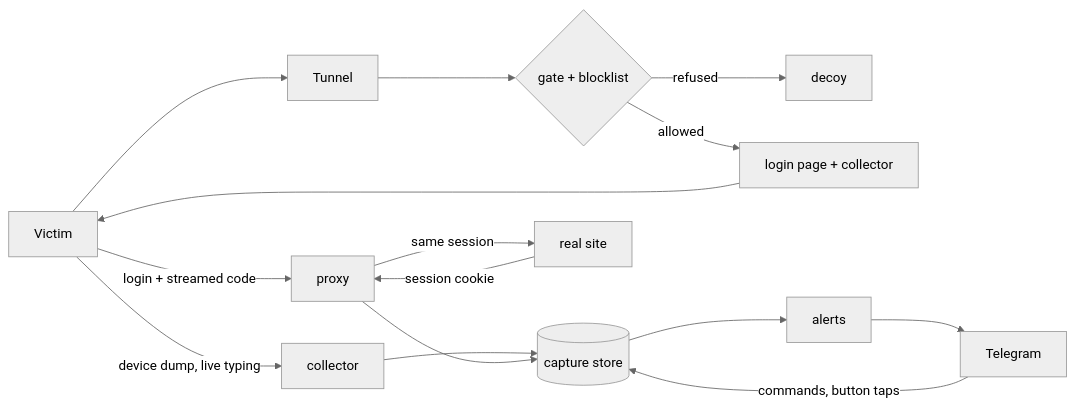
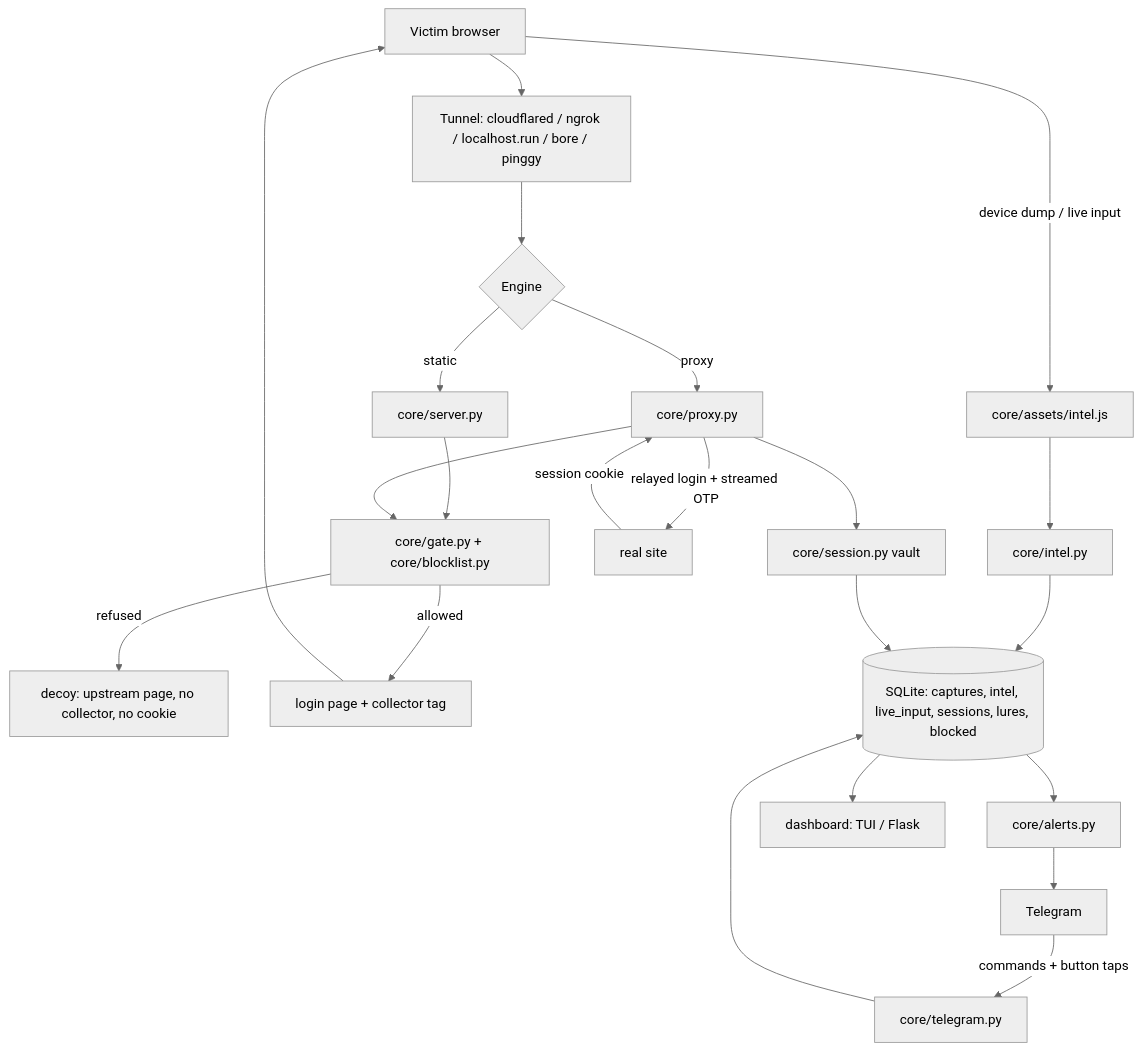
One commit to byteversed/bytephisher changed the first of 2 diagrams in README.md. Above: the diagram before and after it, drawn with Mermaid (neutral theme). The commit also changed other lines of this file and 131 other files, not shown here.

````diff
--- a/README.md
+++ b/README.md
@@ -32,17 +23,24 @@
 ```mermaid
-flowchart LR
-    V[Victim] --> T[Tunnel]
-    T --> G{gate + blocklist}
-    G -- refused --> D[decoy]
-    G -- allowed --> P[login page + collector]
-    P --> V
-    V -- "device dump, live typing" --> C[collector]
-    C --> DB[(capture store)]
-    V -- "login + streamed code" --> R[proxy]
-    R -- "same session" --> U[real site]
-    U -- "session cookie" --> R
-    R --> DB
-    DB --> A[alerts]
-    A --> TG[Telegram]
-    TG -- "commands, button taps" --> DB
+flowchart TD
+    V[Victim browser] --> T[Tunnel: cloudflared / ngrok / localhost.run / bore / pinggy]
+    T --> E{Engine}
+    E -- static --> SRV[core/server.py]
+    E -- proxy --> PRX[core/proxy.py]
+    SRV --> GATE[core/gate.py + core/blocklist.py]
+    PRX --> GATE
+    GATE -- refused --> DEC[decoy: upstream page, no collector, no cookie]
+    GATE -- allowed --> PAGE[login page + collector tag]
+    PAGE --> V
+    V -- "device dump / live input" --> COLL[core/assets/intel.js]
+    COLL --> INTEL[core/intel.py]
+    INTEL --> DB[(SQLite: captures, intel, live_input, sessions, lures, blocked)]
+    PRX -- "relayed login + streamed OTP" --> UP[real site]
+    UP -- "session cookie" --> PRX
+    PRX --> VAULT[core/session.py vault]
+    VAULT --> DB
+    DB --> ALERT[core/alerts.py]
+    DB --> DASH[dashboard: TUI / Flask]
+    ALERT --> TG[Telegram]
+    TG -- "commands + button taps" --> C2[core/telegram.py]
+    C2 --> DB
 ```
````
